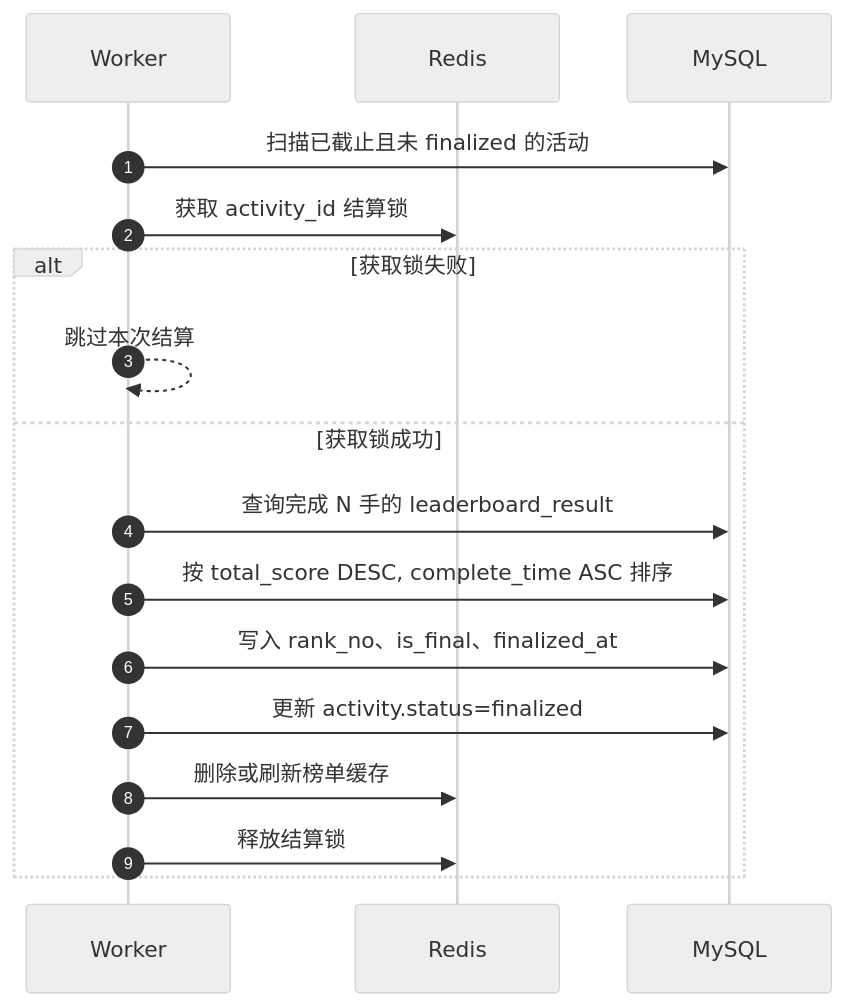
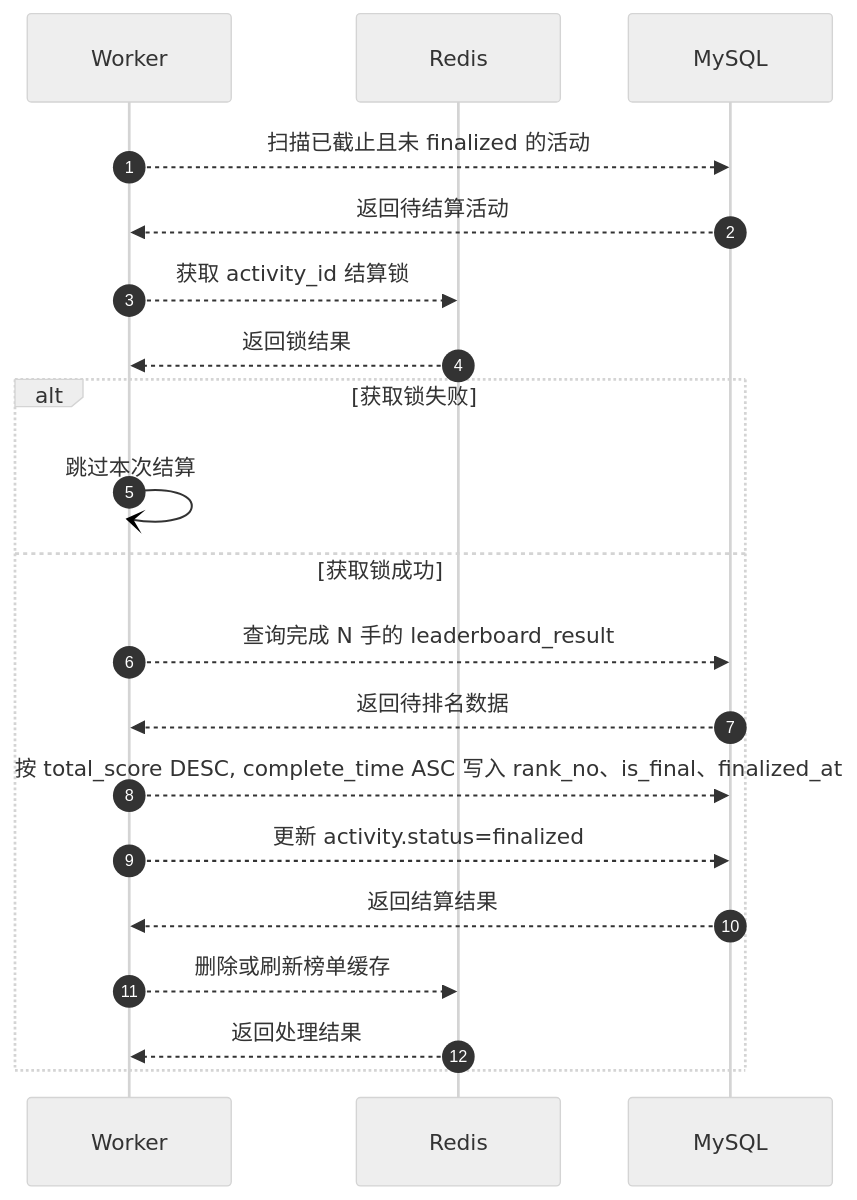
Diagram 11 of 23 in docs/复述扑克/评审02/02-设计文档.md (zdl20251023-pixel/agent-frame), drawn with Mermaid (neutral theme) before and after one commit. The commit also changed other lines of this file and 1 other file, not shown here.

````diff
--- a/docs/复述扑克/评审02/02-设计文档.md
+++ b/docs/复述扑克/评审02/02-设计文档.md
@@ -520,21 +538,24 @@
 ```mermaid
 sequenceDiagram
     autonumber
     participant Worker
     participant Redis
     participant MySQL
 
-    Worker->>MySQL: 扫描已截止且未 finalized 的活动
-    Worker->>Redis: 获取 activity_id 结算锁
+    Worker-->>MySQL: 扫描已截止且未 finalized 的活动
+    MySQL-->>Worker: 返回待结算活动
+    Worker-->>Redis: 获取 activity_id 结算锁
+    Redis-->>Worker: 返回锁结果
 
     alt 获取锁失败
-        Worker-->>Worker: 跳过本次结算
+        Worker-)Worker: 跳过本次结算
     else 获取锁成功
-        Worker->>MySQL: 查询完成 N 手的 leaderboard_result
-        Worker->>MySQL: 按 total_score DESC, complete_time ASC 排序
-        Worker->>MySQL: 写入 rank_no、is_final、finalized_at
-        Worker->>MySQL: 更新 activity.status=finalized
-        Worker->>Redis: 删除或刷新榜单缓存
-        Worker->>Redis: 释放结算锁
+        Worker-->>MySQL: 查询完成 N 手的 leaderboard_result
+        MySQL-->>Worker: 返回待排名数据
+        Worker-->>MySQL: 按 total_score DESC, complete_time ASC 写入 rank_no、is_final、finalized_at
+        Worker-->>MySQL: 更新 activity.status=finalized
+        MySQL-->>Worker: 返回结算结果
+        Worker-->>Redis: 删除或刷新榜单缓存
+        Redis-->>Worker: 返回处理结果
     end
 ```
````
